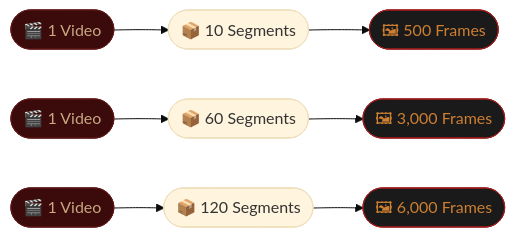
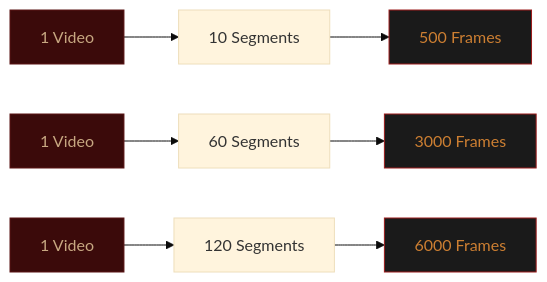
The second of 7 diagrams in README.md (ArunVijaykumarcsds/raktabeej), drawn with Mermaid (base theme) before and after one commit. The commit also changed other lines of this file, not shown here.

Commit message:
Refactor Mermaid diagrams for clarity and consistency

````diff
--- a/README.md
+++ b/README.md
@@ -211,18 +211,18 @@
 ```mermaid
 graph LR
-    V(["🎬 1 Video"]) --> S10(["📦 10 Segments"])
-    S10 --> F50(["🖼 500 Frames"])
+    V["1 Video"] --> S10["10 Segments"]
+    S10 --> F50["500 Frames"]
 
-    V2(["🎬 1 Video"]) --> S60(["📦 60 Segments"])
-    S60 --> F3k(["🖼 3,000 Frames"])
+    V2["1 Video"] --> S60["60 Segments"]
+    S60 --> F3k["3000 Frames"]
 
-    V3(["🎬 1 Video"]) --> S120(["📦 120 Segments"])
-    S120 --> F6k(["🖼 6,000 Frames"])
+    V3["1 Video"] --> S120["120 Segments"]
+    S120 --> F6k["6000 Frames"]
 
     style V fill:#3b0a0a,color:#c8a882,stroke:#5a1515
     style V2 fill:#3b0a0a,color:#c8a882,stroke:#5a1515
     style V3 fill:#3b0a0a,color:#c8a882,stroke:#5a1515
     style F50 fill:#1a1a1a,color:#cd7f32,stroke:#9b1c1c
     style F3k fill:#1a1a1a,color:#cd7f32,stroke:#9b1c1c
     style F6k fill:#1a1a1a,color:#cd7f32,stroke:#9b1c1c
 ```
````
